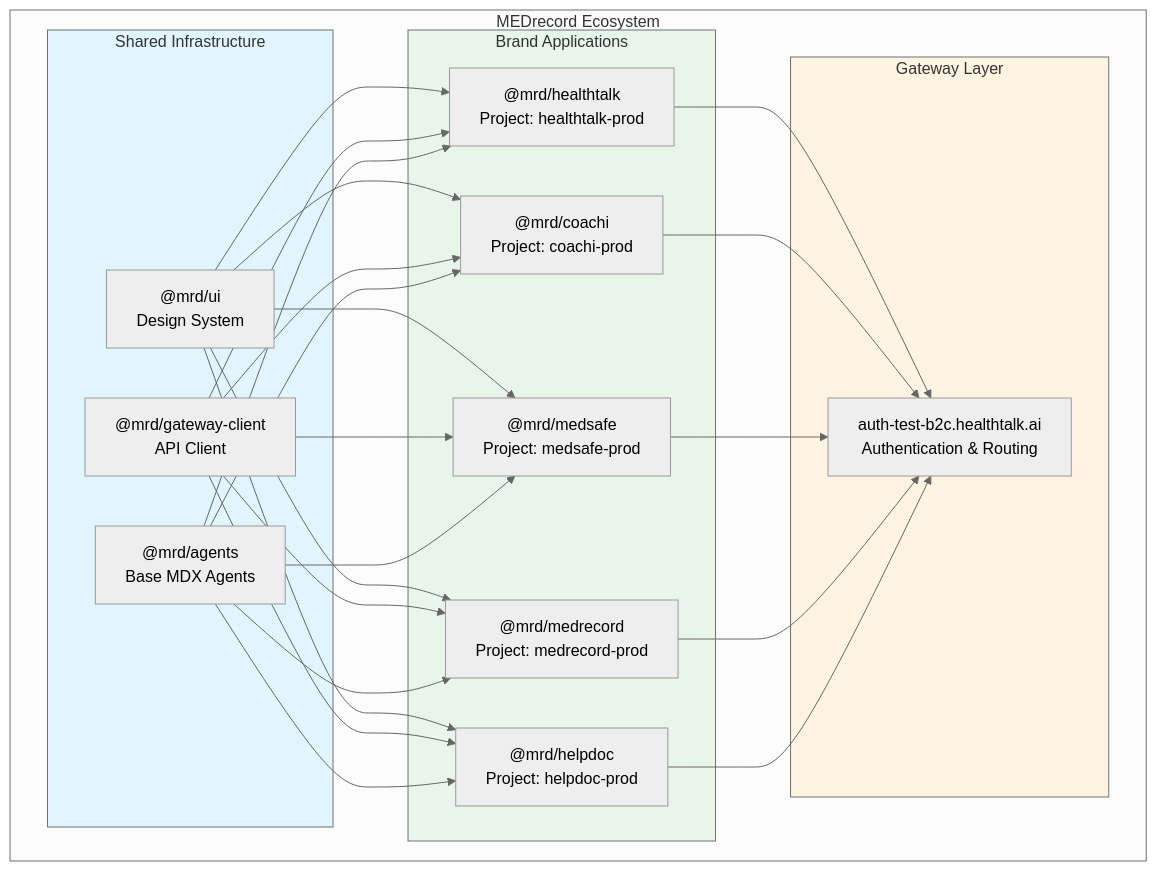
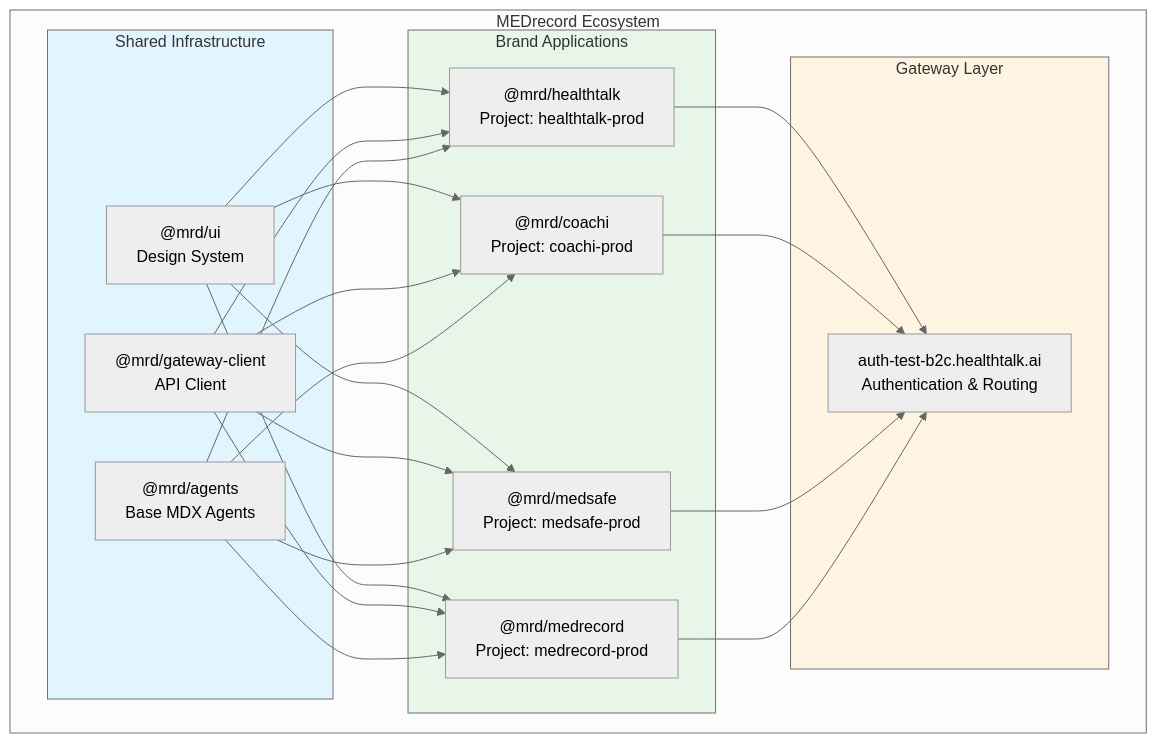
Before and after one commit to medplum/medplum: the first of 3 diagrams in packages/docs/docs/architecture/multi-brand.mdx, drawn with Mermaid. The commit also changed other lines of this file and 6 other files, not shown here.

````diff
--- a/packages/docs/docs/architecture/multi-brand.mdx
+++ b/packages/docs/docs/architecture/multi-brand.mdx
@@ -21,51 +21,46 @@
 ```mermaid
 %%{init: {'theme': 'neutral' }}%%
 flowchart TB
     subgraph MEDrecord["MEDrecord Ecosystem"]
         subgraph Shared["Shared Infrastructure"]
             UI["@mrd/ui<br/>Design System"]
             GW["@mrd/gateway-client<br/>API Client"]
             AG["@mrd/agents<br/>Base MDX Agents"]
         end
         
         subgraph Brands["Brand Applications"]
             HT["@mrd/healthtalk<br/>Project: healthtalk-prod"]
             CO["@mrd/coachi<br/>Project: coachi-prod"]
             MS["@mrd/medsafe<br/>Project: medsafe-prod"]
             MR["@mrd/medrecord<br/>Project: medrecord-prod"]
-            HD["@mrd/helpdoc<br/>Project: helpdoc-prod"]
         end
         
         subgraph Gateway["Gateway Layer"]
             GWS["auth-test-b2c.healthtalk.ai<br/>Authentication & Routing"]
         end
     end
     
     UI --> HT
     UI --> CO
     UI --> MS
     UI --> MR
-    UI --> HD
     
     GW --> HT
     GW --> CO
     GW --> MS
     GW --> MR
-    GW --> HD
     
     AG --> HT
     AG --> CO
     AG --> MS
     AG --> MR
-    AG --> HD
     
     HT --> GWS
     CO --> GWS
     MS --> GWS
     MR --> GWS
-    HD --> GWS
     
     style Shared fill:#e1f5ff
     style Brands fill:#e8f5e9
     style Gateway fill:#fff4e1
 ```
````
